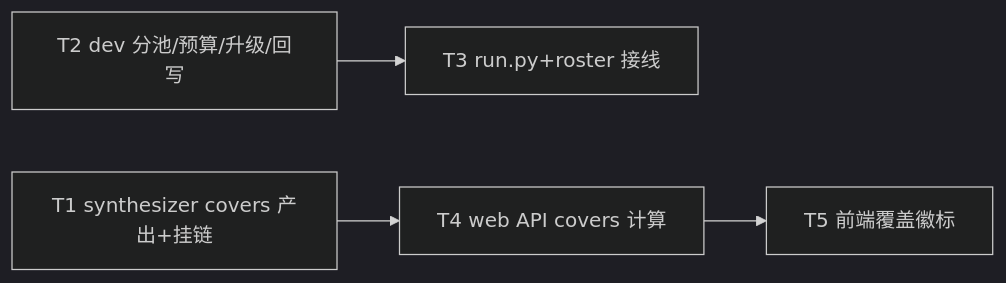
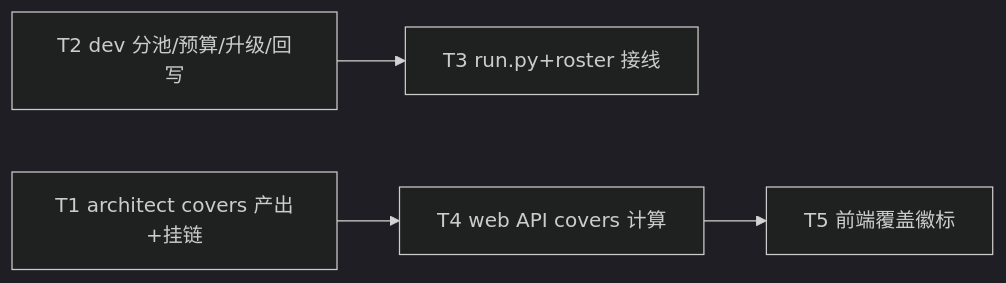
The diagram in docs/specs/0020-issue-covers-dispatch-budget.md (Curry09/AHE-Beta), drawn with Mermaid (dark theme) before and after one commit. The commit also changed other lines of this file and 780 other files, not shown here.

Commit message:
refactor: align AHE-Beta branding and Architect naming (#75)

````diff
--- a/docs/specs/0020-issue-covers-dispatch-budget.md
+++ b/docs/specs/0020-issue-covers-dispatch-budget.md
@@ -203,11 +203,11 @@
 ```mermaid
 graph LR
-  T1[T1 synthesizer covers 产出+挂链]
+  T1[T1 architect covers 产出+挂链]
   T2[T2 dev 分池/预算/升级/回写]
   T3[T3 run.py+roster 接线]
   T4[T4 web API covers 计算]
   T5[T5 前端覆盖徽标]
   T1 --> T4
   T2 --> T3
   T4 --> T5
 ```
````
